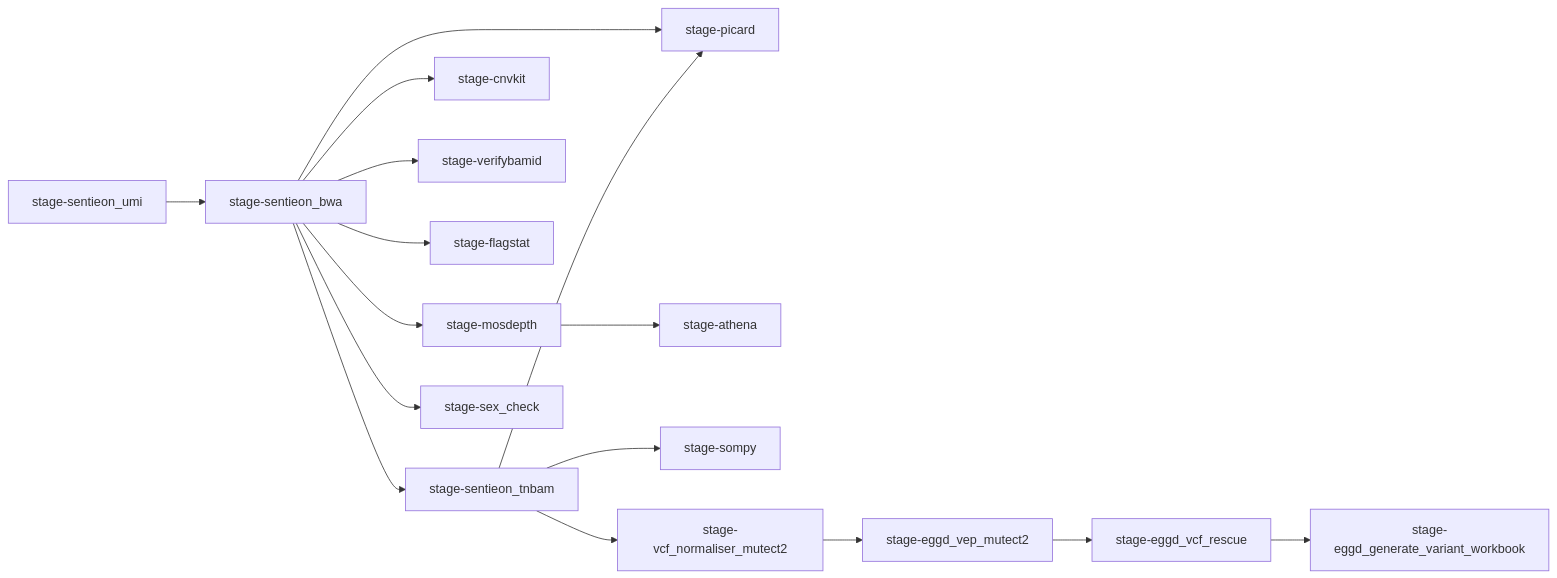
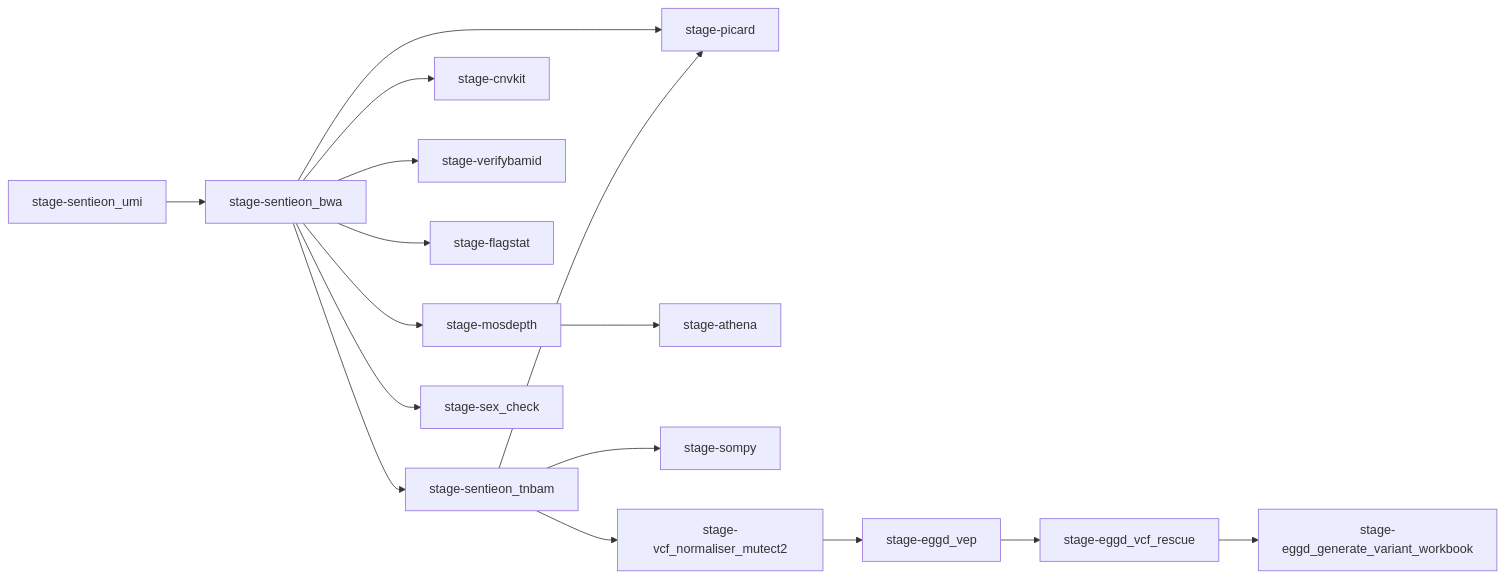
The diagram in README.md (eastgenomics/eggd_atlas_main_workflow), drawn with Mermaid before and after one commit. The commit also changed 1 other file, not shown here.

Commit message:
renamed eggd_vep stage

````diff
--- a/README.md
+++ b/README.md
@@ -26,40 +26,40 @@
 ```mermaid
 graph LR
   S_BWA["stage-sentieon_bwa"]
   S_UMI["stage-sentieon_umi"]
   S_TNBAM["stage-sentieon_tnbam"]
   CNV["stage-cnvkit"]
   VERIFY["stage-verifybamid"]
   PICARD["stage-picard"]
   FLAG["stage-flagstat"]
   MOS["stage-mosdepth"]
   ATH["stage-athena"]
   SEX["stage-sex_check"]
   SOMPY["stage-sompy"]
   VN_MUT["stage-vcf_normaliser_mutect2"]
-  VEP_MUT["stage-eggd_vep_mutect2"]
+  VEP_MUT["stage-eggd_vep"]
   RESCUE["stage-eggd_vcf_rescue"]
   GENWB["stage-eggd_generate_variant_workbook"]
 
   %% Primary data flow edges (from JSON links)
   S_BWA --> S_TNBAM
   S_UMI --> S_BWA
   S_BWA --> CNV
   S_BWA --> VERIFY
   S_BWA --> PICARD
   S_TNBAM --> PICARD
   S_BWA --> FLAG
   S_BWA --> MOS
   MOS --> ATH
   S_BWA --> SEX
   S_TNBAM --> SOMPY
 
   %% VCF normalization / annotation flow
   S_TNBAM --> VN_MUT
   VN_MUT --> VEP_MUT
   VEP_MUT --> RESCUE
   RESCUE --> GENWB
 
   %% Independent/standalone nodes
 
 ```
````
